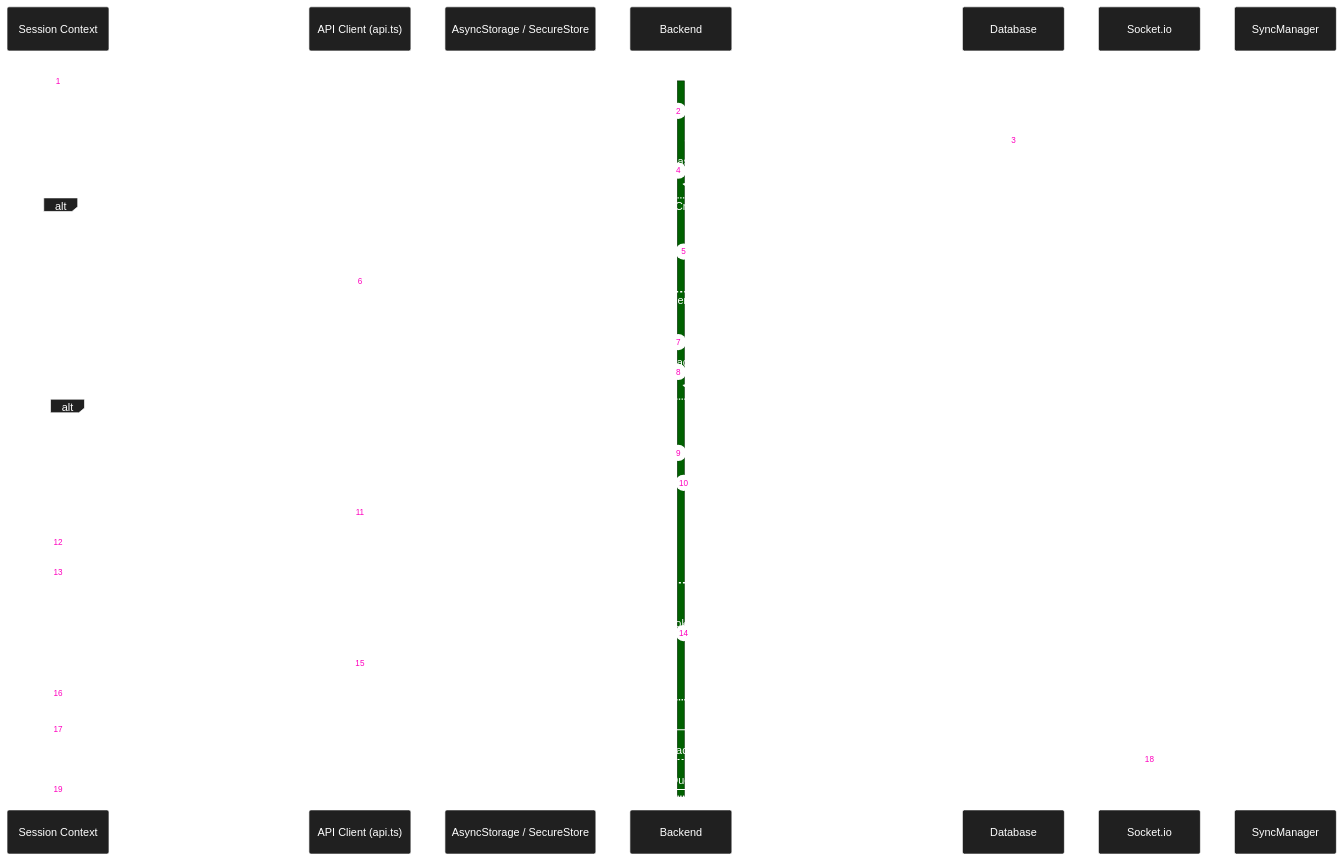
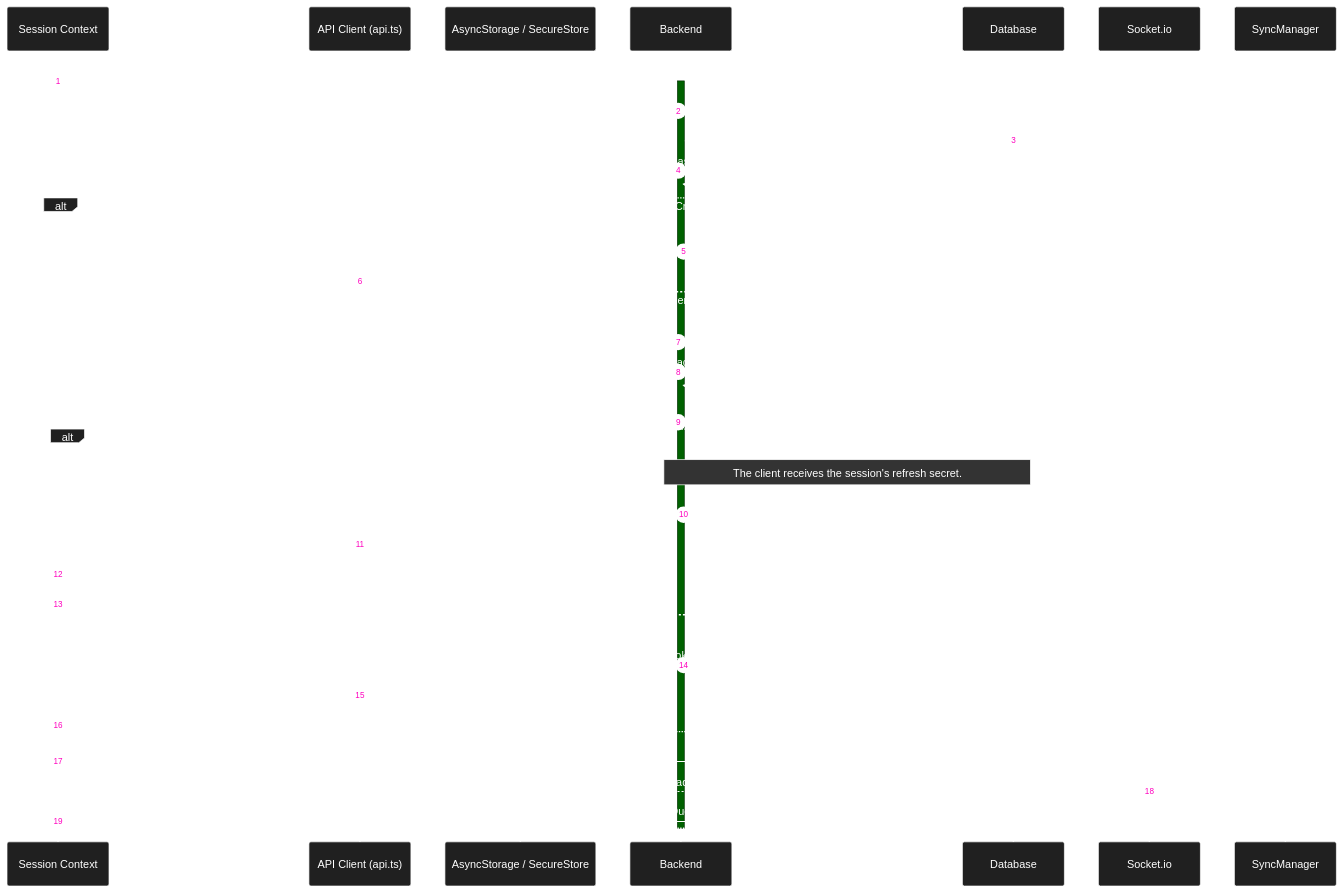
One commit to michaelgreenl/tally-tracker changed the diagram in docs/diagrams/sequence/auth/login.md. Above: the diagram before and after it, drawn with Mermaid. The commit also changed 32 other files, not shown here.

````diff
--- a/docs/diagrams/sequence/auth/login.md
+++ b/docs/diagrams/sequence/auth/login.md
@@ -3,60 +3,61 @@
 ```mermaid
 %%{
   init: {
     'theme': 'base',
     'themeVariables': {
       'primaryColor': '#202020',
       'primaryTextColor': '#fff',
       'primaryBorderColor': '#ffffff',
       'lineColor': '#00ff41',
       'secondaryColor': '#006100',
       'tertiaryColor': '#fff',
       'noteBkgColor': '#333',
       'noteTextColor': '#fff',
       'noteBorderColor': '#fff'
     }
   }
 }%%
 
 sequenceDiagram
     autonumber
     participant Store as Session Context
     participant Client as API Client (api.ts)
     participant Storage as AsyncStorage / SecureStore
     participant API as Backend
     participant DB as Database
     participant Socket as Socket.io
     participant Sync as SyncManager
 
     Store->>Client: POST /users/login { email, password, rememberMe }
 
     activate API
     API->>DB: Find user by normalized email
     DB-->>API: User record
     API->>API: Compare password hash
 
     alt Invalid Credentials
-        API-->>Client: 404 or 401
+        API-->>Client: 401
         Client-->>Store: ApiError
     else Valid Credentials
         API->>DB: Lock user and recheck password hash and session version
         API->>API: Generate access token
+        API->>DB: Create a revocable login session
 
         alt rememberMe true or native login
-            API->>DB: Store refresh token record
+            Note over API, DB: The client receives the session's refresh secret.
             API-->>Client: 200 { user, accessToken, refreshToken } + Set-Cookie
             Client-->>Store: Auth response
             Store->>Storage: Store native tokens when present
             Store->>Storage: Cache user profile after token writes finish
         else rememberMe false on web
             API-->>Client: 200 { user, accessToken } + Set-Cookie(access), clear old refresh cookie
             Client-->>Store: Auth response
             Store->>Storage: Cache user profile
         end
 
         Store->>Socket: connectSocket()
         Socket-->>Store: session-ready after authenticated room admission
         Store->>Sync: processQueue()
     end
     deactivate API
 ```
````
